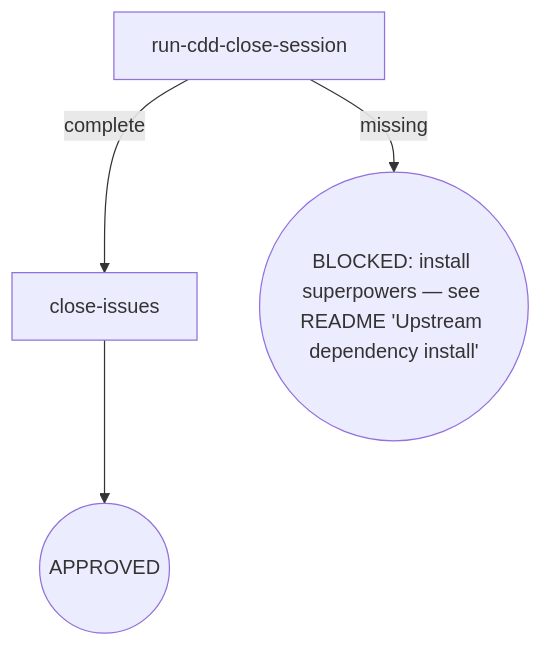
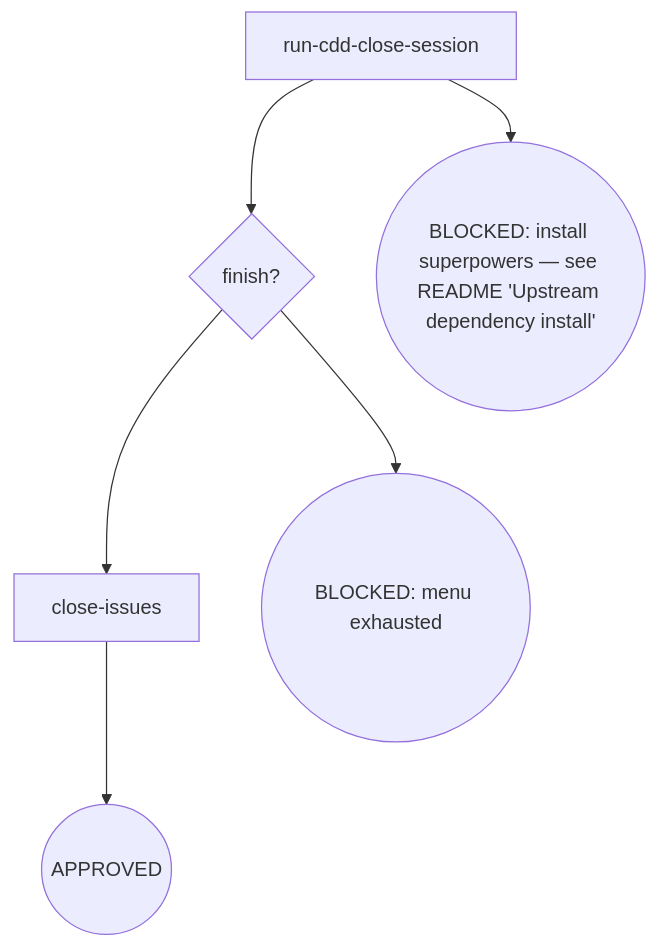
Before and after one commit to Oscaner/skills: the diagram in packages/kairos/skills/cdd-close/SKILL.md, drawn with Mermaid. The commit also changed other lines of this file and 30 other files, not shown here.

````diff
--- a/packages/kairos/skills/cdd-close/SKILL.md
+++ b/packages/kairos/skills/cdd-close/SKILL.md
@@ -12,6 +12,8 @@
 ```mermaid
 flowchart TD
-  A[run-cdd-close-session] -->|complete| C[close-issues]
-  A -->|missing| Z1((BLOCKED: install superpowers — see README 'Upstream dependency install'))
+  A[run-cdd-close-session] --> F{finish?}
+  A --> Z1((BLOCKED: install superpowers — see README 'Upstream dependency install'))
+  F --> C[close-issues]
+  F --> Z2((BLOCKED: menu exhausted))
   C --> K((APPROVED))
 ```
````
